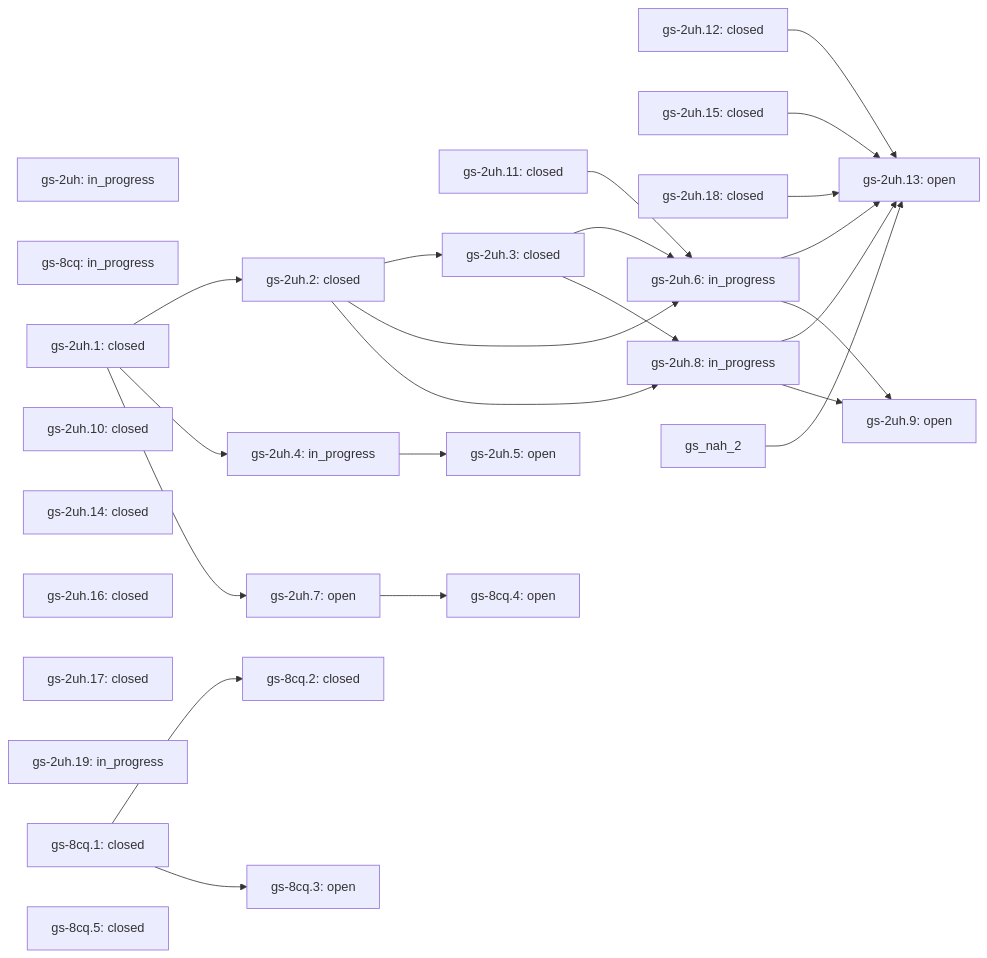
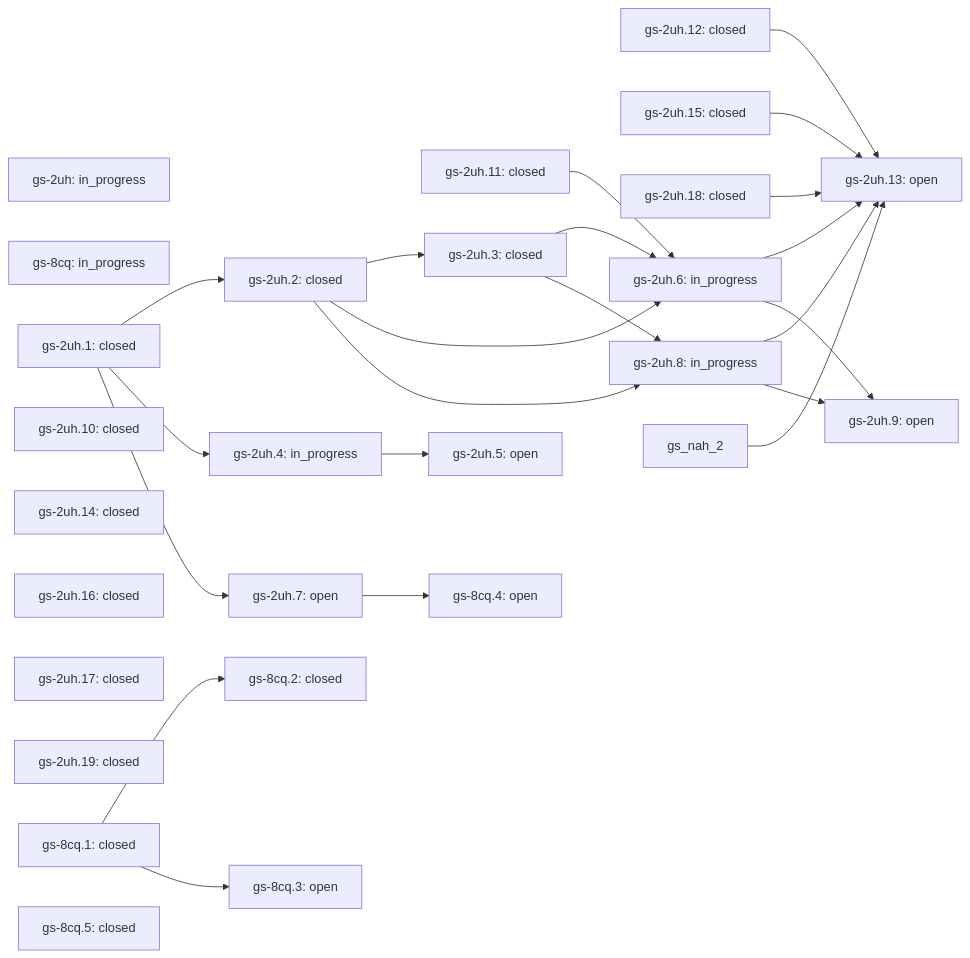
The diagram in docs/skills/vps-health/ROADMAP.md (lifeofgurpreet/G-Skills), drawn with Mermaid before and after one commit. The commit also changed other lines of this file and 4 other files, not shown here.

````diff
--- a/docs/skills/vps-health/ROADMAP.md
+++ b/docs/skills/vps-health/ROADMAP.md
@@ -38,50 +38,50 @@
 ```mermaid
 flowchart LR
   gs_2uh["gs-2uh: in_progress"]
   gs_8cq["gs-8cq: in_progress"]
   gs_2uh_1["gs-2uh.1: closed"]
   gs_2uh_10["gs-2uh.10: closed"]
   gs_2uh_11["gs-2uh.11: closed"]
   gs_2uh_12["gs-2uh.12: closed"]
   gs_2uh_13["gs-2uh.13: open"]
   gs_2uh_12 --> gs_2uh_13
   gs_2uh_15 --> gs_2uh_13
   gs_2uh_18 --> gs_2uh_13
   gs_2uh_6 --> gs_2uh_13
   gs_2uh_8 --> gs_2uh_13
   gs_nah_2 --> gs_2uh_13
   gs_2uh_14["gs-2uh.14: closed"]
   gs_2uh_15["gs-2uh.15: closed"]
   gs_2uh_16["gs-2uh.16: closed"]
   gs_2uh_17["gs-2uh.17: closed"]
   gs_2uh_18["gs-2uh.18: closed"]
-  gs_2uh_19["gs-2uh.19: in_progress"]
+  gs_2uh_19["gs-2uh.19: closed"]
   gs_2uh_2["gs-2uh.2: closed"]
   gs_2uh_1 --> gs_2uh_2
   gs_2uh_3["gs-2uh.3: closed"]
   gs_2uh_2 --> gs_2uh_3
   gs_2uh_4["gs-2uh.4: in_progress"]
   gs_2uh_1 --> gs_2uh_4
   gs_2uh_5["gs-2uh.5: open"]
   gs_2uh_4 --> gs_2uh_5
   gs_2uh_6["gs-2uh.6: in_progress"]
   gs_2uh_11 --> gs_2uh_6
   gs_2uh_2 --> gs_2uh_6
   gs_2uh_3 --> gs_2uh_6
   gs_2uh_8["gs-2uh.8: in_progress"]
   gs_2uh_2 --> gs_2uh_8
   gs_2uh_3 --> gs_2uh_8
   gs_8cq_1["gs-8cq.1: closed"]
   gs_8cq_2["gs-8cq.2: closed"]
   gs_8cq_1 --> gs_8cq_2
   gs_2uh_7["gs-2uh.7: open"]
   gs_2uh_1 --> gs_2uh_7
   gs_2uh_9["gs-2uh.9: open"]
   gs_2uh_6 --> gs_2uh_9
   gs_2uh_8 --> gs_2uh_9
   gs_8cq_3["gs-8cq.3: open"]
   gs_8cq_1 --> gs_8cq_3
   gs_8cq_4["gs-8cq.4: open"]
   gs_2uh_7 --> gs_8cq_4
   gs_8cq_5["gs-8cq.5: closed"]
 ```
````
